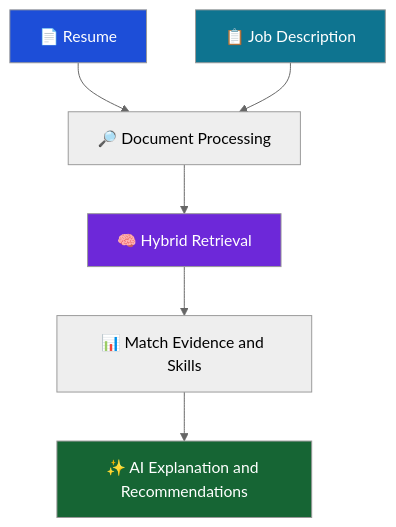
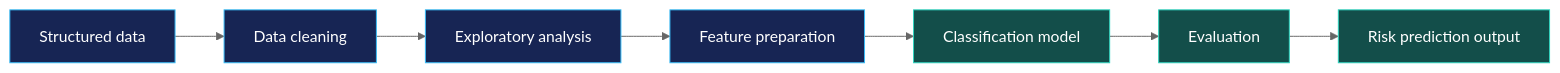
The fourth of 8 diagrams in README.md (naveen057/naveen057), drawn with Mermaid (neutral theme) before and after one commit. The commit also changed other lines of this file, not shown here.

````diff
--- a/README.md
+++ b/README.md
@@ -123,13 +189,14 @@
 ```mermaid
-flowchart TD
-    A["📄 Resume"] --> C["🔎 Document Processing"]
-    B["📋 Job Description"] --> C
-    C --> D["🧠 Hybrid Retrieval"]
-    D --> E["📊 Match Evidence and Skills"]
-    E --> F["✨ AI Explanation and Recommendations"]
+flowchart LR
+    A["Structured data"] --> B["Data cleaning"]
+    B --> C["Exploratory analysis"]
+    C --> D["Feature preparation"]
+    D --> E["Classification model"]
+    E --> F["Evaluation"]
+    F --> G["Risk prediction output"]
 
-    style A fill:#1D4ED8,color:#fff
-    style B fill:#0E7490,color:#fff
-    style D fill:#6D28D9,color:#fff
-    style F fill:#166534,color:#fff
+    classDef prep fill:#172554,stroke:#38BDF8,color:#FFFFFF
+    classDef model fill:#134E4A,stroke:#2DD4BF,color:#FFFFFF
+    class A,B,C,D prep
+    class E,F,G model
 ```
````
